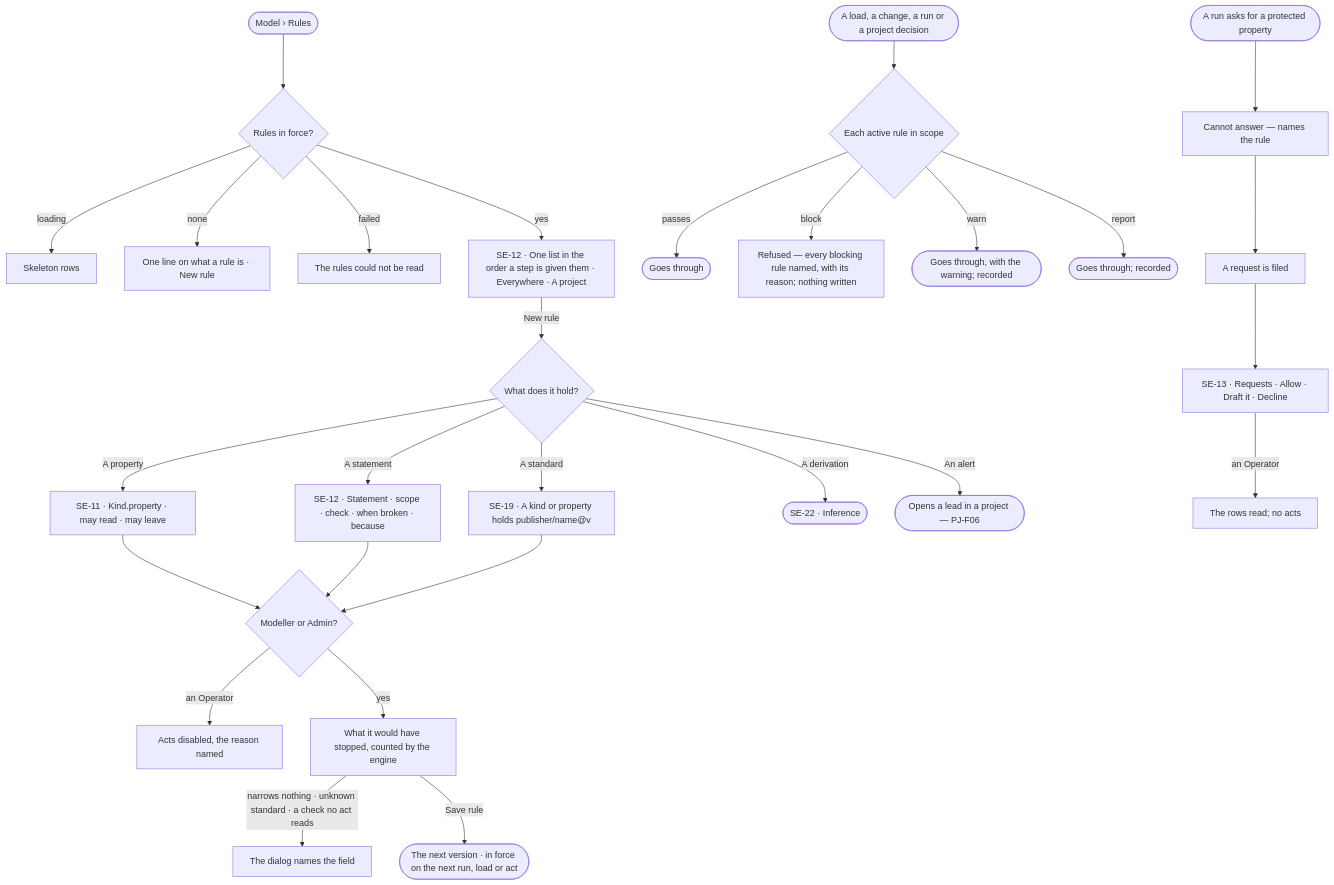
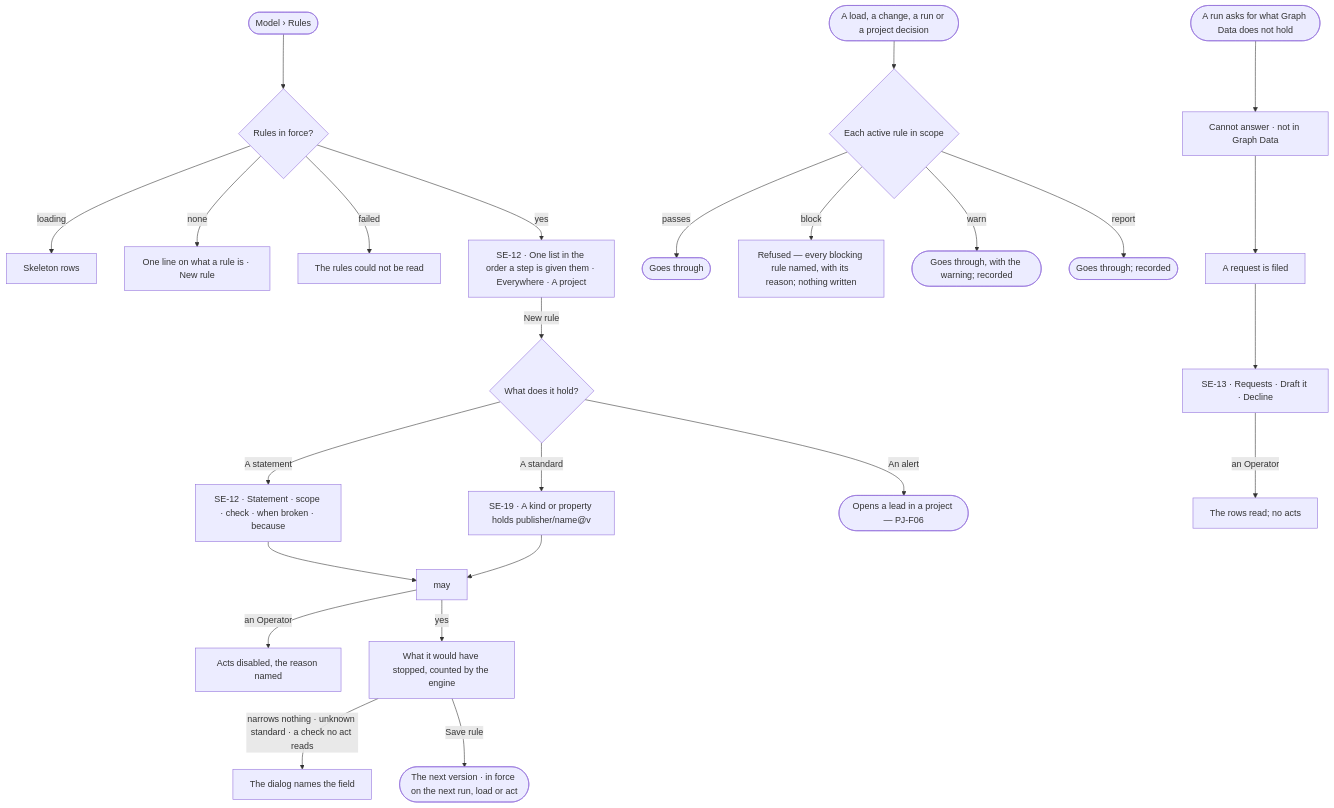
One commit to invana/invana changed the diagram in specs/capabilities/semantics/features/SE-F07-rules/feature.md. Above: the diagram before and after it, drawn with Mermaid. The commit also changed other lines of this file and 69 other files, not shown here.

````diff
--- a/specs/capabilities/semantics/features/SE-F07-rules/feature.md
+++ b/specs/capabilities/semantics/features/SE-F07-rules/feature.md
@@ -24,29 +26,26 @@
 ```mermaid
 flowchart TD
   start([Model › Rules]) --> l{Rules in force?}
   l -->|loading| sk["Skeleton rows"]
   l -->|none| e["One line on what a rule is · New rule"]
   l -->|failed| f["The rules could not be read"]
   l -->|yes| list["SE-12 · One list in the order a step is given them · Everywhere · A project"]
   list -->|New rule| kind{What does it hold?}
-  kind -->|A property| prop["SE-11 · Kind.property · may read · may leave"]
   kind -->|A statement| dlg["SE-12 · Statement · scope · check · when broken · because"]
   kind -->|A standard| std["SE-19 · A kind or property holds publisher/name@v"]
-  kind -->|A derivation| der(["SE-22 · Inference"])
   kind -->|An alert| al(["Opens a lead in a project — PJ-F06"])
-  prop --> may{Modeller or Admin?}
   dlg --> may
   std --> may
   may -->|an Operator| na["Acts disabled, the reason named"]
   may -->|yes| imp["What it would have stopped, counted by the engine"]
   imp -->|narrows nothing · unknown standard · a check no act reads| bad["The dialog names the field"]
   imp -->|Save rule| saved(["The next version · in force on the next run, load or act"])
   act([A load, a change, a run or a project decision]) --> chk{Each active rule in scope}
   chk -->|passes| go(["Goes through"])
   chk -->|block| stop["Refused — every blocking rule named, with its reason; nothing written"]
   chk -->|warn| warn(["Goes through, with the warning; recorded"])
   chk -->|report| rep(["Goes through; recorded"])
-  run([A run asks for a protected property]) --> ca["Cannot answer — names the rule"] --> file["A request is filed"]
-  file --> q["SE-13 · Requests · Allow · Draft it · Decline"]
+  run([A run asks for what Graph Data does not hold]) --> ca["Cannot answer · not in Graph Data"] --> file["A request is filed"]
+  file --> q["SE-13 · Requests · Draft it · Decline"]
   q -->|an Operator| qr["The rows read; no acts"]
 ```
````
